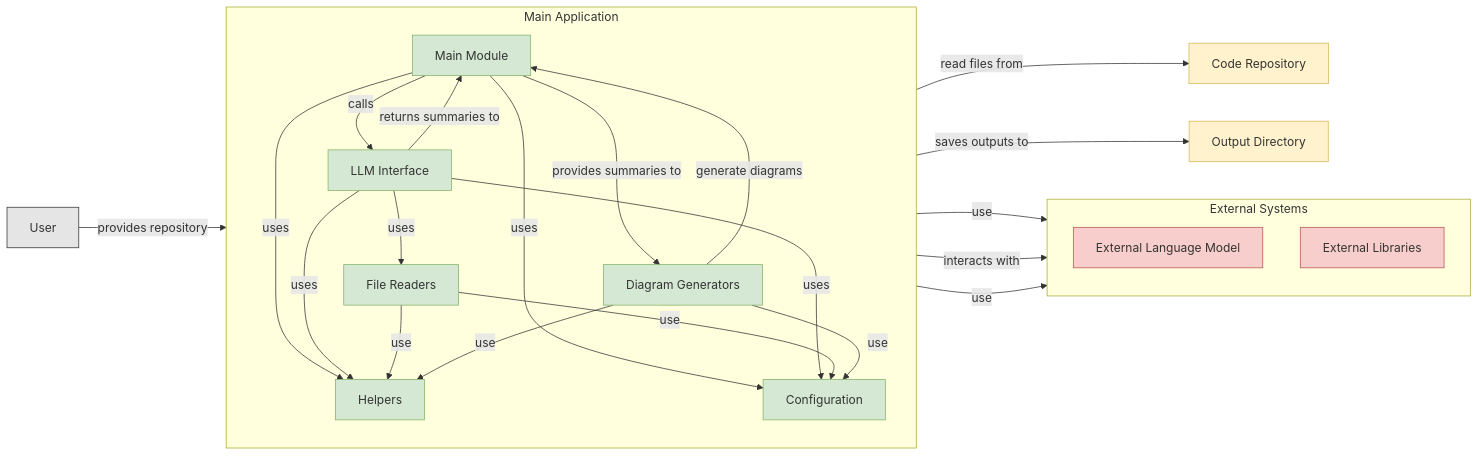
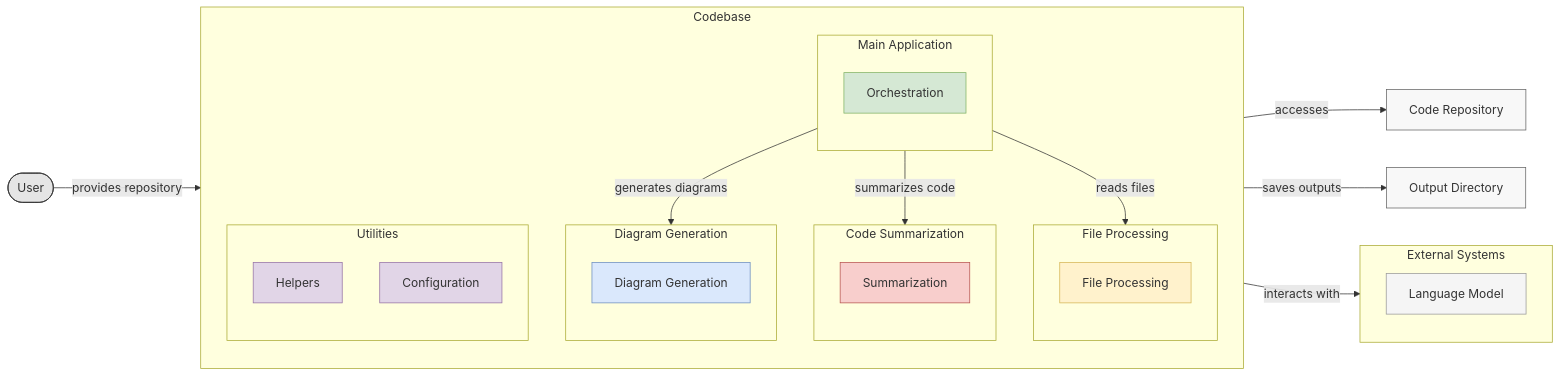
One commit to MaartenSmeets/insightcode changed the diagram in README.md. Above: the diagram before and after it, drawn with Mermaid. The commit also changed other lines of this file, not shown here.

Commit message:
Diagram update

````diff
--- a/README.md
+++ b/README.md
@@ -5,44 +5,76 @@
 ```mermaid
 flowchart LR
-    User[User] -->|provides repository| MainModule[Main Module]
-    subgraph MainApplication [Main Application]
-        direction TB
-        MainModule
-        LLMInterface[LLM Interface]
-        DiagramGenerators[Diagram Generators]
-        FileReaders[File Readers]
-        Helpers
-        Configuration
-    end
+    %% Define styles for different groups
+    classDef user fill:#E5E5E5,stroke:#333333,stroke-width:1px
+    classDef mainApp fill:#D5E8D4,stroke:#82B366,stroke-width:1px
+    classDef fileProc fill:#FFF2CC,stroke:#D6B656,stroke-width:1px
+    classDef summarization fill:#F8CECC,stroke:#B85450,stroke-width:1px
+    classDef diagramGen fill:#DAE8FC,stroke:#6C8EBF,stroke-width:1px
+    classDef utilities fill:#E1D5E7,stroke:#9673A6,stroke-width:1px
+    classDef external fill:#F5F5F5,stroke:#999999,stroke-width:1px
+    classDef dataStore fill:#F8F8F8,stroke:#666666,stroke-width:1px
+
+    %% User and Data Stores
+    User([User])
+    Repository[Code Repository]
+    OutputDirectory[Output Directory]
+
+    %% External Systems
     subgraph ExternalSystems [External Systems]
         direction TB
-        LLM[External Language Model]
-        ExternalLibraries[External Libraries]
+        LLM[Language Model]
     end
-    MainModule -->|calls| LLMInterface
-    LLMInterface -->|uses| FileReaders
-    FileReaders -->|read files from| Repository[Code Repository]
-    FileReaders -->|use| ExternalLibraries
-    LLMInterface -->|interacts with| LLM
-    LLMInterface -->|returns summaries to| MainModule
-    MainModule -->|provides summaries to| DiagramGenerators
-    DiagramGenerators -->|generate diagrams| MainModule
-    DiagramGenerators -->|use| ExternalLibraries
-    MainModule -->|saves outputs to| OutputDirectory[Output Directory]
-    MainModule -->|uses| Helpers
-    LLMInterface -->|uses| Helpers
-    FileReaders -->|use| Helpers
-    DiagramGenerators -->|use| Helpers
-    MainModule -->|uses| Configuration
-    LLMInterface -->|uses| Configuration
-    FileReaders -->|use| Configuration
-    DiagramGenerators -->|use| Configuration
+    class LLM external
+
+    %% Codebase Components
+    subgraph Codebase [Codebase]
+        direction TB
+
+        subgraph MainApplication [Main Application]
+            direction TB
+            Orchestration[Orchestration]
+        end
+        class Orchestration mainApp
+
+        subgraph FileProcessing [File Processing]
+            direction TB
+            FileProcessingModule[File Processing]
+        end
+        class FileProcessingModule fileProc
+
+        subgraph Summarization [Code Summarization]
+            direction TB
+            SummarizationModule[Summarization]
+        end
+        class SummarizationModule summarization
+
+        subgraph DiagramGeneration [Diagram Generation]
+            direction TB
+            DiagramGenerationModule[Diagram Generation]
+        end
+        class DiagramGenerationModule diagramGen
+
+        subgraph Utilities [Utilities]
+            direction TB
+            Helpers
+            Configuration
+        end
+        class Helpers,Configuration utilities
+    end
+
+    %% Connections
+    User -->|provides repository| Orchestration
+    Orchestration -->|reads files| FileProcessingModule
+    FileProcessingModule -->|accesses| Repository
+    Orchestration -->|summarizes code| SummarizationModule
+    SummarizationModule -->|interacts with| LLM
+    Orchestration -->|generates diagrams| DiagramGenerationModule
+    Orchestration -->|saves outputs| OutputDirectory
+
+    %% Implicit use of Utilities
+    %% (Utilities are used by all components within Codebase)
+
+    %% Assign classes to data stores and user
     class User user
-    class MainModule,LLMInterface,DiagramGenerators,FileReaders,Helpers,Configuration main
-    class LLM,ExternalLibraries external
-    class Repository,OutputDirectory data
-    classDef user fill:#E5E5E5,stroke:#333,stroke-width:1px
-    classDef main fill:#D5E8D4,stroke:#82B366,stroke-width:1px
-    classDef external fill:#F8CECC,stroke:#B85450,stroke-width:1px
-    classDef data fill:#FFF2CC,stroke:#D6B656,stroke-width:1px
+    class Repository,OutputDirectory dataStore
 ```
````
